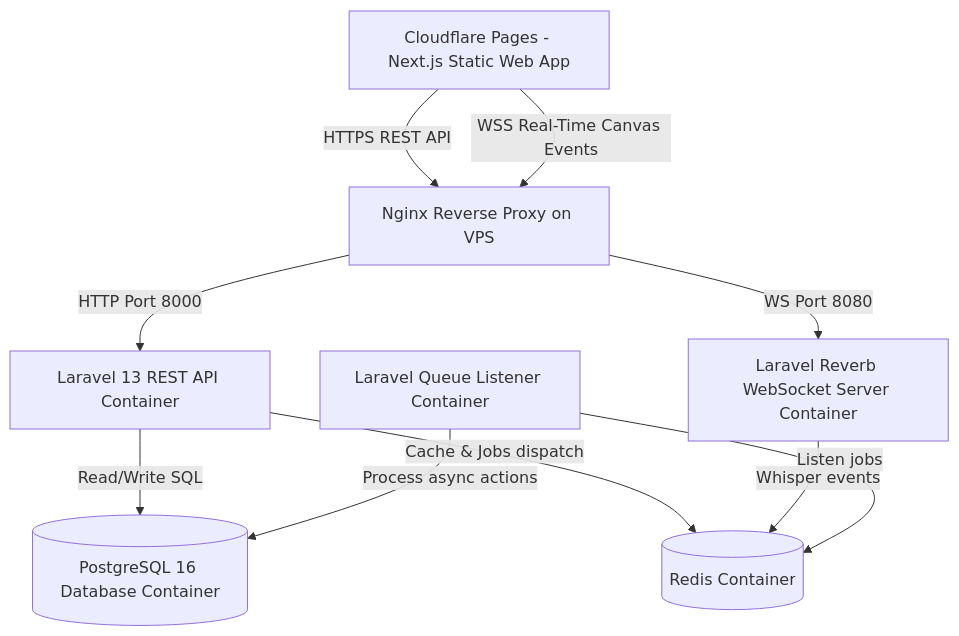
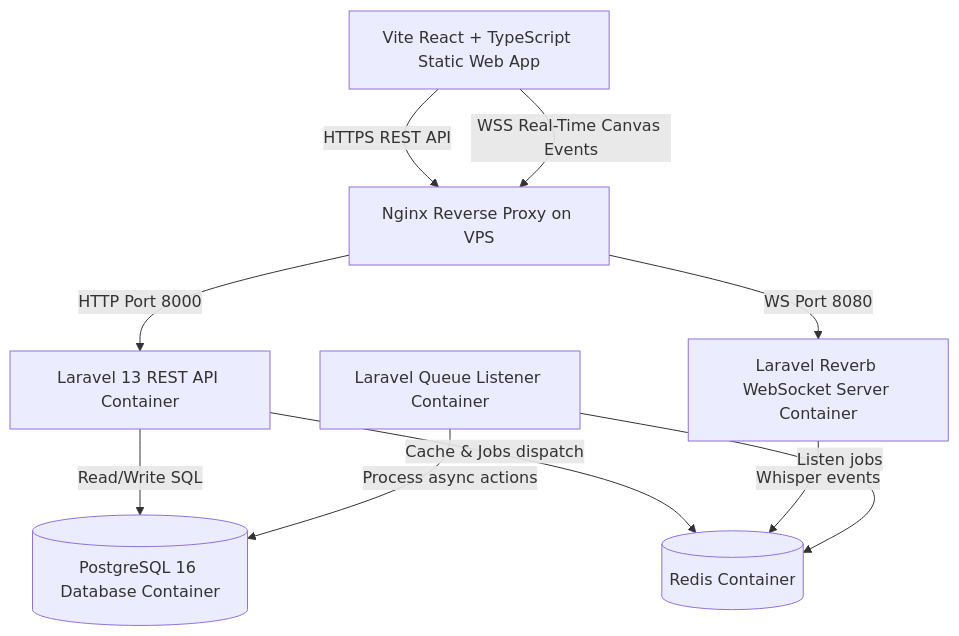
Before and after one commit to MalvinMs/family-trees: the diagram in README.md, drawn with Mermaid. The commit also changed other lines of this file and 54 other files, not shown here.

Commit message:
feat(migration): complete migration from Next.js to Vite React SPA with Poppins font

````diff
--- a/README.md
+++ b/README.md
@@ -5,17 +5,17 @@
 ```mermaid
 graph TD
     %% Frontend Layer
-    CF[Cloudflare Pages - Next.js Static Web App] -->|HTTPS REST API| NG[Nginx Reverse Proxy on VPS]
+    CF[Vite React + TypeScript Static Web App] -->|HTTPS REST API| NG[Nginx Reverse Proxy on VPS]
     CF -->|WSS Real-Time Canvas Events| NG
 
     %% Reverse Proxy SSL Termination
     NG -->|HTTP Port 8000| LV[Laravel 13 REST API Container]
     NG -->|WS Port 8080| RV[Laravel Reverb WebSocket Server Container]
 
     %% Internal Stack Layer
     LV -->|Read/Write SQL| PG[(PostgreSQL 16 Database Container)]
     LV -->|Cache & Jobs dispatch| RD[(Redis Container)]
     RV -->|Whisper events| RD
     QW[Laravel Queue Listener Container] -->|Listen jobs| RD
     QW -->|Process async actions| PG
 ```
````
